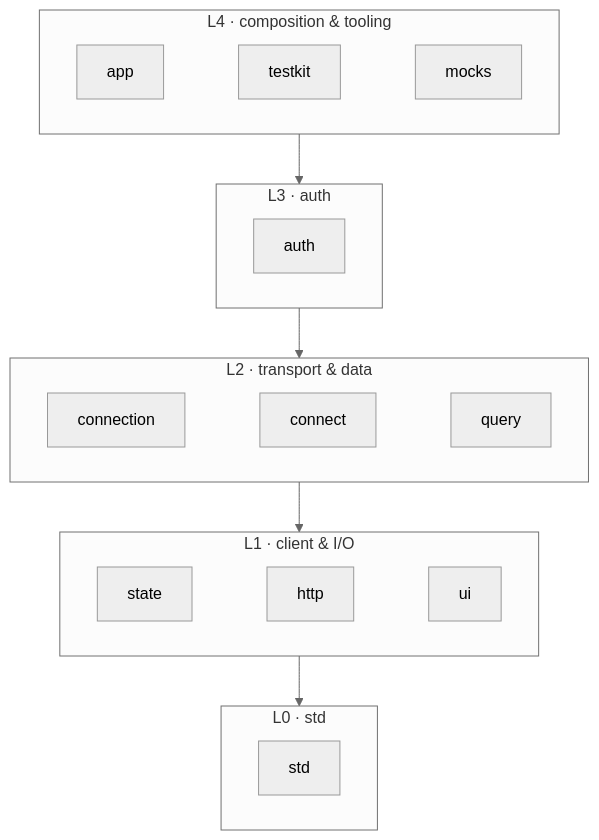
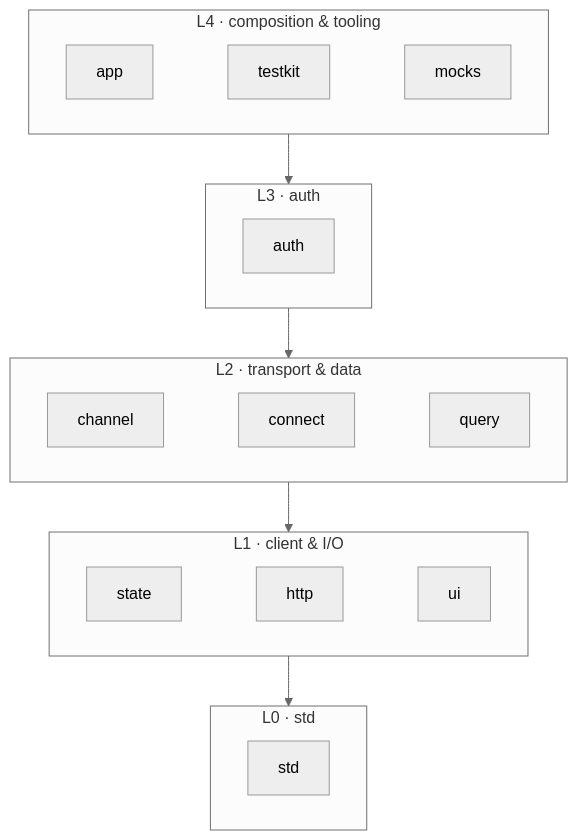
Before and after one commit to kbukum/plainworks: the diagram in README.md, drawn with Mermaid (neutral theme). The commit also changed other lines of this file and 47 other files, not shown here.

````diff
--- a/README.md
+++ b/README.md
@@ -22,19 +22,19 @@
 ```mermaid
 flowchart TD
   subgraph L4["L4 · composition & tooling"]
     app[app] ~~~ testkit[testkit] ~~~ mocks[mocks]
   end
   subgraph L3["L3 · auth"]
     auth[auth]
   end
   subgraph L2["L2 · transport & data"]
-    connection[connection] ~~~ connect[connect] ~~~ query[query]
+    channel[channel] ~~~ connect[connect] ~~~ query[query]
   end
   subgraph L1["L1 · client & I/O"]
     state[state] ~~~ http[http] ~~~ ui[ui]
   end
   subgraph L0["L0 · std"]
     std[std]
   end
   L4 --> L3 --> L2 --> L1 --> L0
 ```
````
